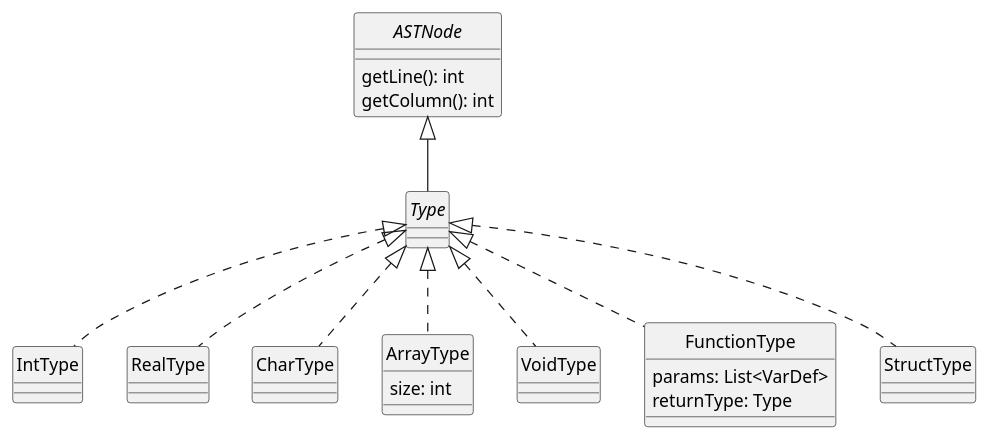
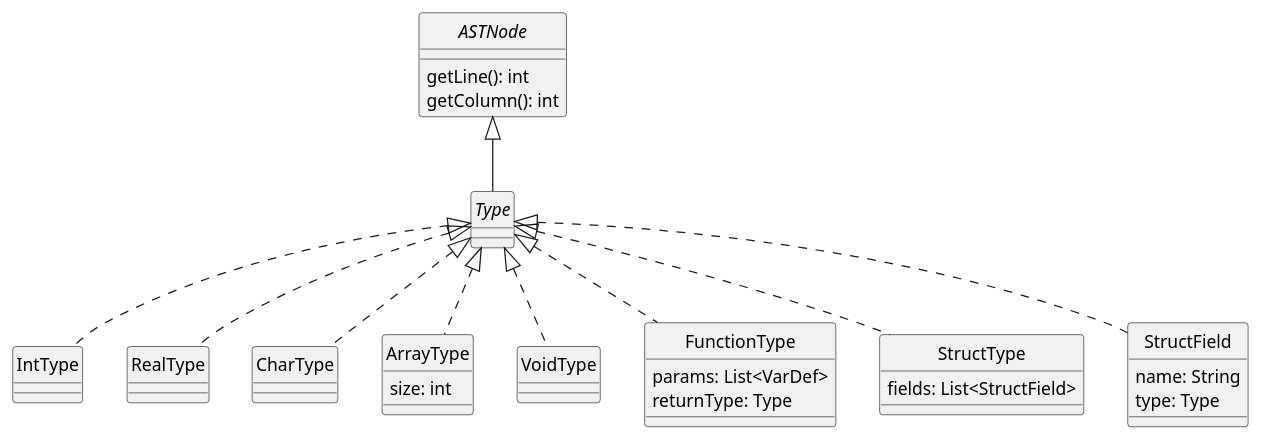
One commit to uo271288/dlp-compiler changed the diagram in docs/diagrams/types.plantuml. Above: the diagram before and after it, drawn with PlantUML. The commit also changed 6 other files, not shown here.

Commit message:
Updated AST classes and diagrams Added StructType and StructField

```diff
--- a/docs/diagrams/types.plantuml
+++ b/docs/diagrams/types.plantuml
@@ -1,40 +1,48 @@
 @startuml Types
 skinparam style strictuml
 skinparam monochrome true
 
 interface ASTNode {
     getLine(): int
     getColumn(): int
 }
 
 interface Type
 
 class IntType
 
 class RealType
 
 class CharType
 
 class ArrayType {
     size: int
 }
 
 class VoidType
 
 class FunctionType {
     params: List<VarDef>
     returnType: Type
 }
 
-class StructType
+class StructType {
+    fields: List<StructField>
+}
+
+class StructField {
+    name: String
+    type: Type
+}
 
 ASTNode <|-- Type
 Type <|.. IntType
 Type <|.. RealType
 Type <|.. CharType
 Type <|.. ArrayType
 Type <|.. VoidType
 Type <|.. FunctionType
 Type <|.. StructType
+Type <|.. StructField
 
 @enduml
```
